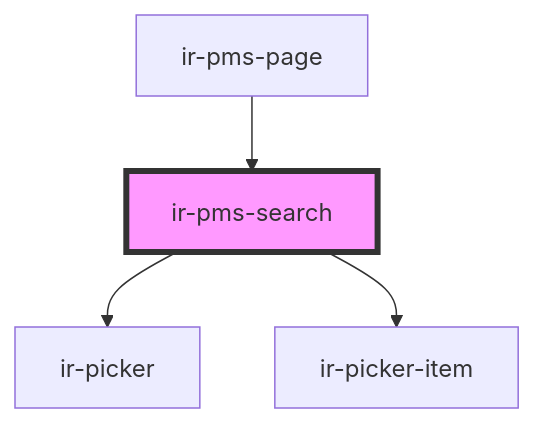
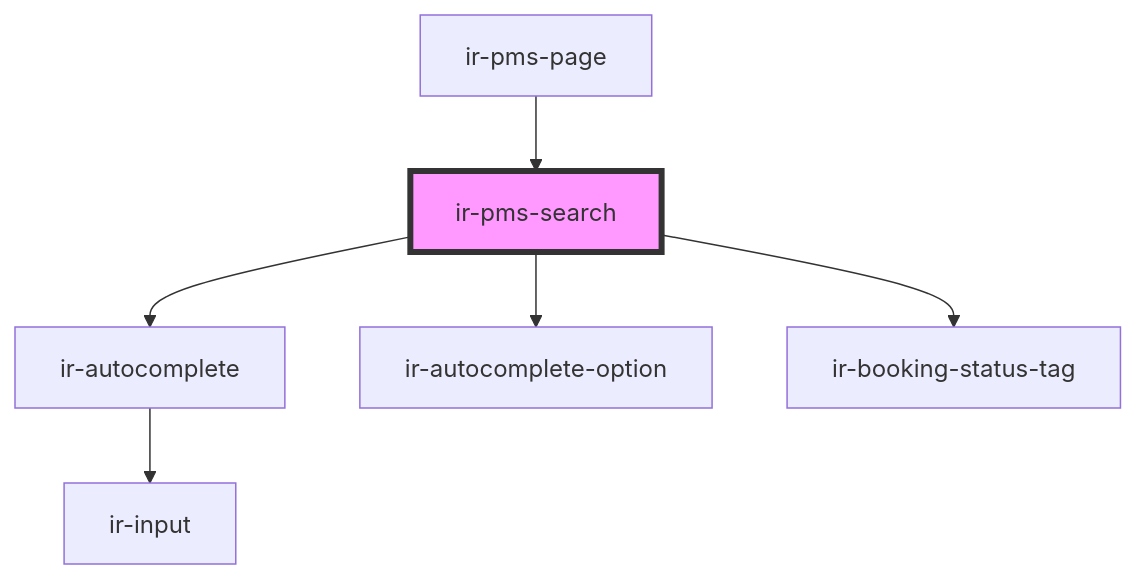
The diagram in src/components/pms-header/ir-pms-search/readme.md (RonyRizk/ir-webcmp), drawn with Mermaid before and after one commit. The commit also changed other lines of this file and 57 other files, not shown here.

````diff
--- a/src/components/pms-header/ir-pms-search/readme.md
+++ b/src/components/pms-header/ir-pms-search/readme.md
@@ -35,7 +36,9 @@
 ```mermaid
 graph TD;
-  ir-pms-search --> ir-picker
-  ir-pms-search --> ir-picker-item
+  ir-pms-search --> ir-autocomplete
+  ir-pms-search --> ir-autocomplete-option
+  ir-pms-search --> ir-booking-status-tag
+  ir-autocomplete --> ir-input
   ir-pms-page --> ir-pms-search
   style ir-pms-search fill:#f9f,stroke:#333,stroke-width:4px
 ```
````
